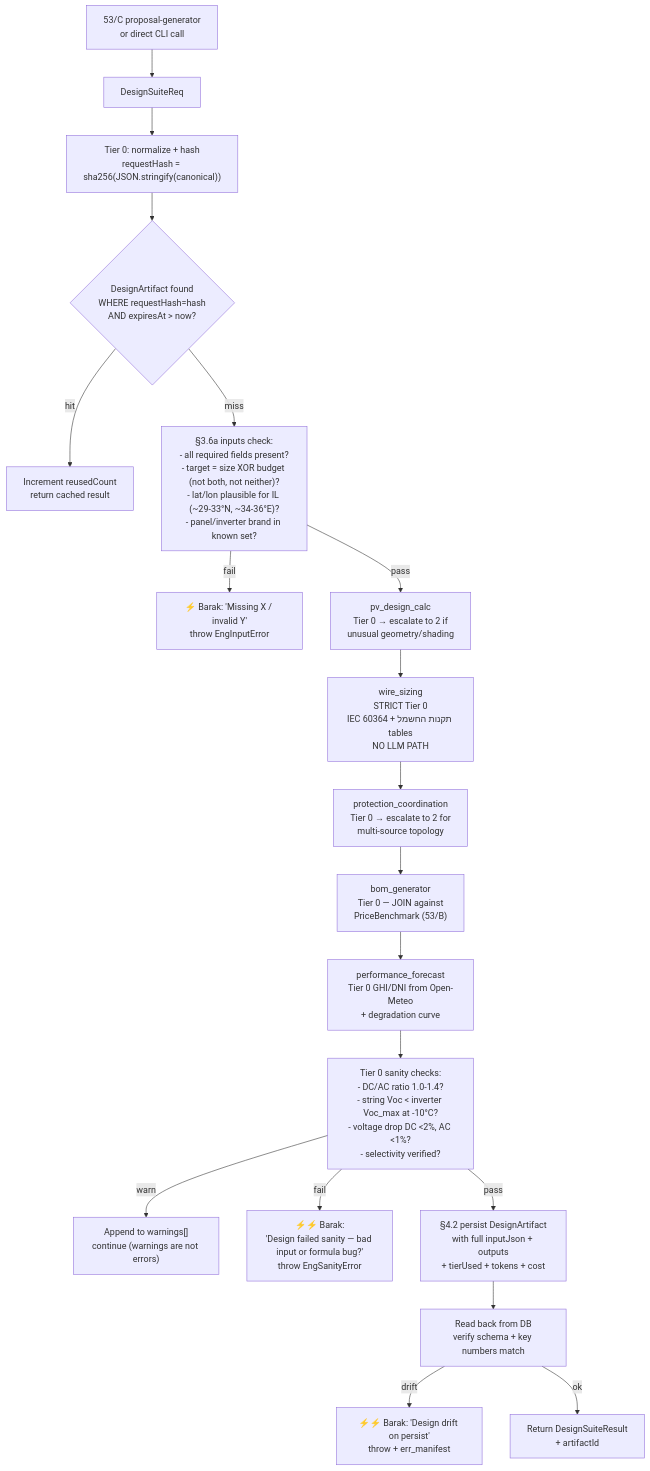
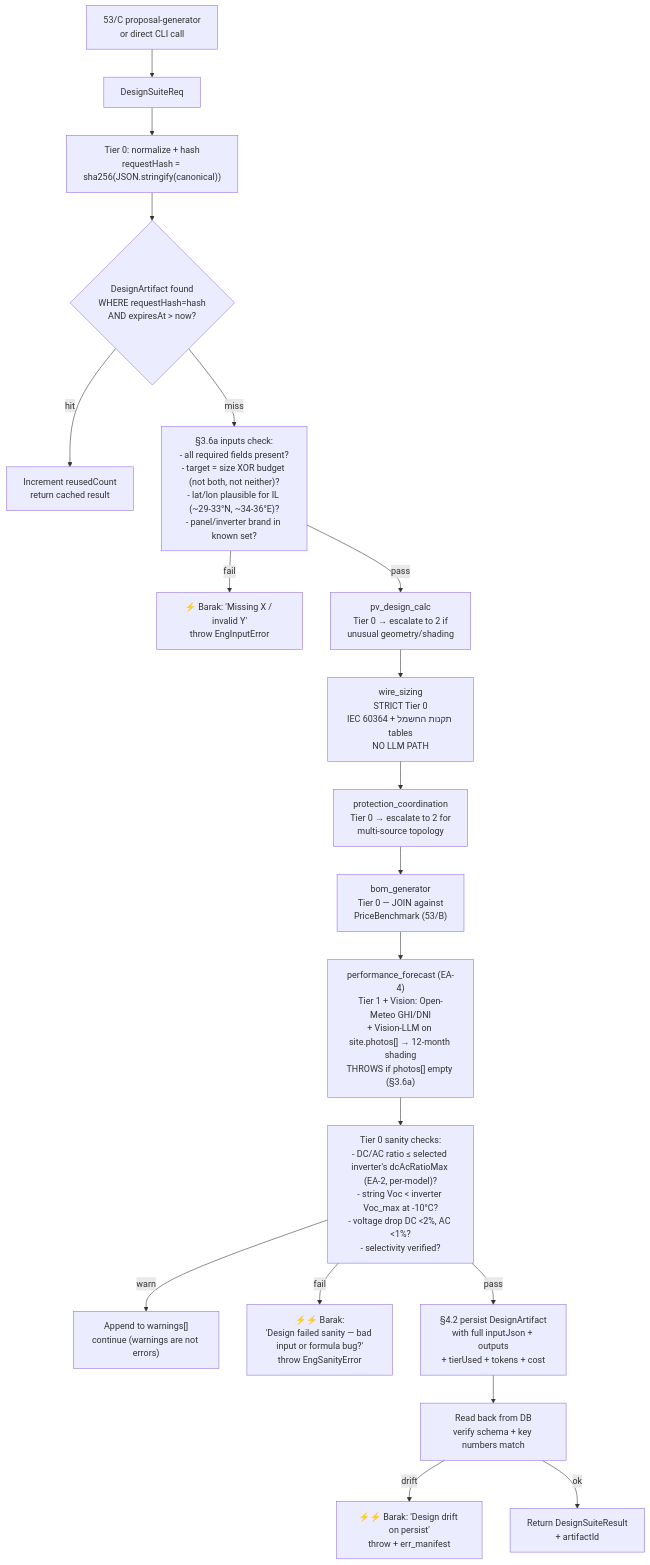
Before and after one commit to Barak-B/bee-assets: the diagram in research/phase-3/engineering-agent/LLD.md, drawn with Mermaid. The commit also changed other lines of this file and 24 other files, not shown here.

````diff
--- a/research/phase-3/engineering-agent/LLD.md
+++ b/research/phase-3/engineering-agent/LLD.md
@@ -200,27 +233,27 @@
 ```mermaid
 flowchart TD
   caller["53/C proposal-generator<br/>or direct CLI call"]
   caller --> req["DesignSuiteReq"]
   req --> normalize["Tier 0: normalize + hash<br/>requestHash = sha256(JSON.stringify(canonical))"]
   normalize --> cache{"DesignArtifact found<br/>WHERE requestHash=hash<br/>AND expiresAt > now?"}
   cache -->|hit| serve["Increment reusedCount<br/>return cached result"]
   cache -->|miss| validate["§3.6a inputs check:<br/>- all required fields present?<br/>- target = size XOR budget (not both, not neither)?<br/>- lat/lon plausible for IL (~29-33°N, ~34-36°E)?<br/>- panel/inverter brand in known set?"]
 
   validate -->|fail| halt["⚡ Barak: 'Missing X / invalid Y'<br/>throw EngInputError"]
   validate -->|pass| pv["pv_design_calc<br/>Tier 0 → escalate to 2 if<br/>unusual geometry/shading"]
 
   pv --> wire["wire_sizing<br/>STRICT Tier 0<br/>IEC 60364 + תקנות החשמל tables<br/>NO LLM PATH"]
   wire --> prot["protection_coordination<br/>Tier 0 → escalate to 2 for<br/>multi-source topology"]
   prot --> bom["bom_generator<br/>Tier 0 — JOIN against<br/>PriceBenchmark (53/B)"]
-  bom --> fcst["performance_forecast<br/>Tier 0 GHI/DNI from Open-Meteo<br/>+ degradation curve"]
+  bom --> fcst["performance_forecast (EA-4)<br/>Tier 1 + Vision: Open-Meteo GHI/DNI<br/>+ Vision-LLM on site.photos[] → 12-month shading<br/>THROWS if photos[] empty (§3.6a)"]
 
-  fcst --> sanity["Tier 0 sanity checks:<br/>- DC/AC ratio 1.0-1.4?<br/>- string Voc < inverter Voc_max at -10°C?<br/>- voltage drop DC <2%, AC <1%?<br/>- selectivity verified?"]
+  fcst --> sanity["Tier 0 sanity checks:<br/>- DC/AC ratio ≤ selected inverter's dcAcRatioMax (EA-2, per-model)?<br/>- string Voc < inverter Voc_max at -10°C?<br/>- voltage drop DC <2%, AC <1%?<br/>- selectivity verified?"]
   sanity -->|warn| warnings["Append to warnings[]<br/>continue (warnings are not errors)"]
   sanity -->|fail| halt2["⚡⚡ Barak:<br/>'Design failed sanity — bad input or formula bug?'<br/>throw EngSanityError"]
   sanity -->|pass| persist
 
   persist["§4.2 persist DesignArtifact<br/>with full inputJson + outputs<br/>+ tierUsed + tokens + cost"]
   persist --> readback["Read back from DB<br/>verify schema + key numbers match"]
   readback -->|drift| halt3["⚡⚡ Barak: 'Design drift on persist'<br/>throw + err_manifest"]
   readback -->|ok| serve2["Return DesignSuiteResult<br/>+ artifactId"]
 ```
````
